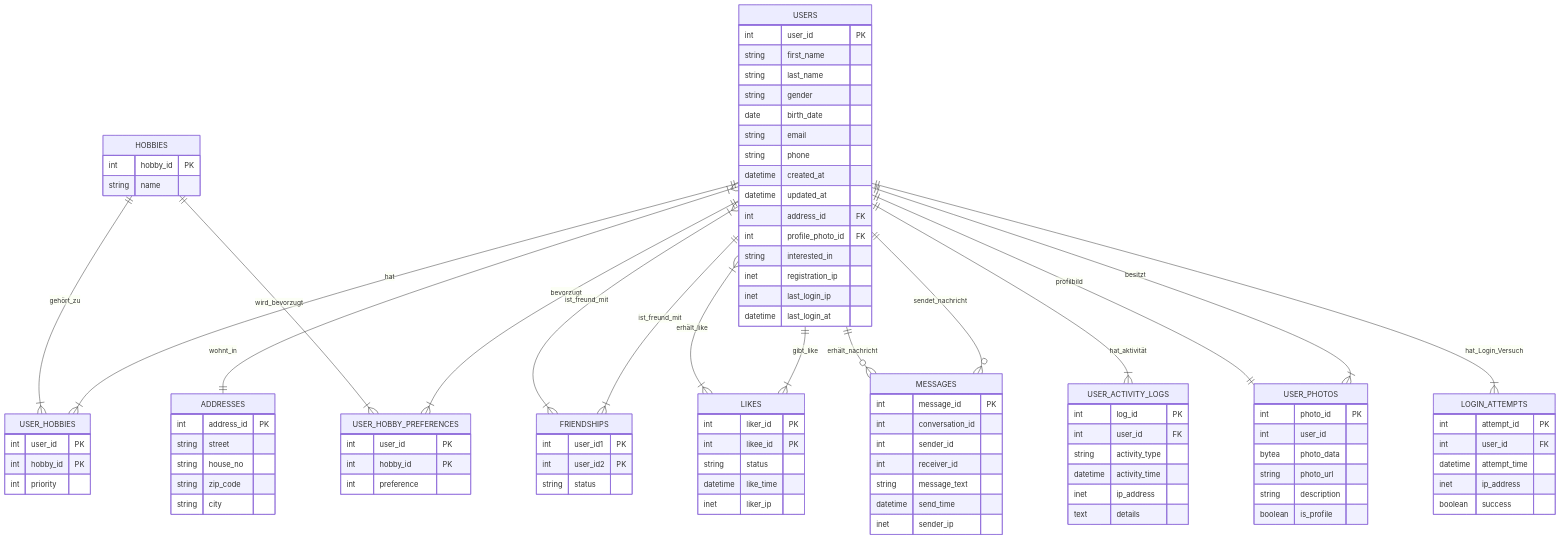
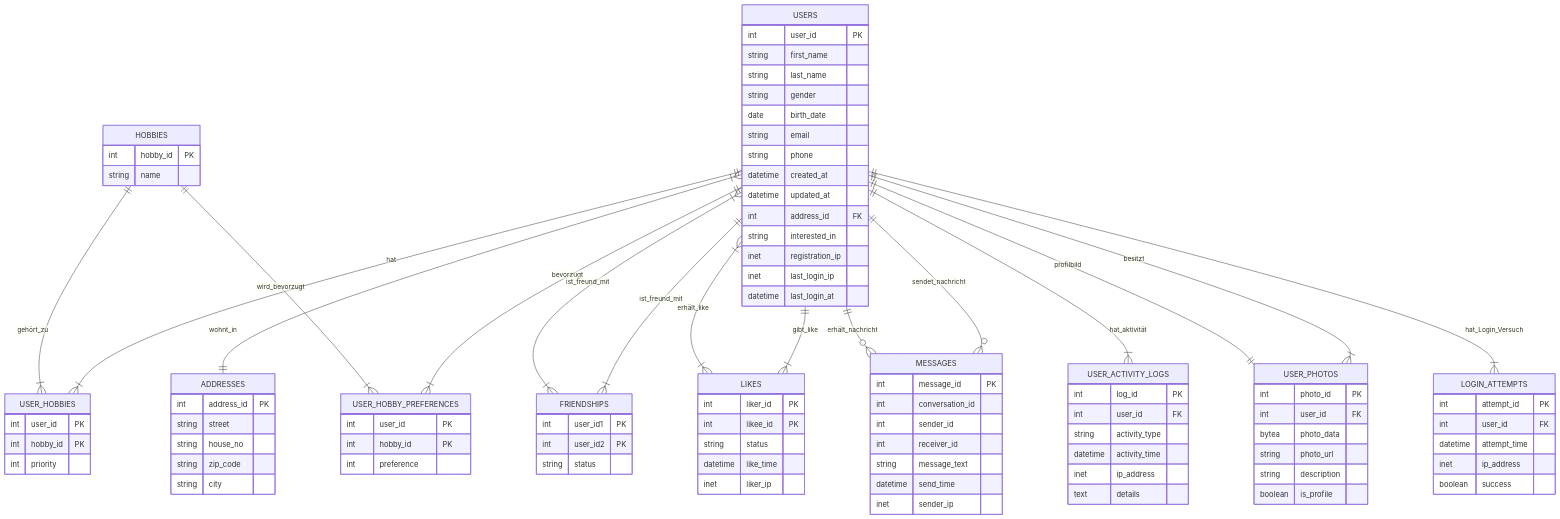
The diagram in results/2_logisches_modell.mmd (dunhord/LetsMeet), drawn with Mermaid before and after one commit. The commit also changed 1 other file, not shown here.

```diff
--- a/results/2_logisches_modell.mmd
+++ b/results/2_logisches_modell.mmd
@@ -1,127 +1,126 @@
 erDiagram
 
 
     USERS {
         int user_id PK
         string first_name
         string last_name
         string gender
         date birth_date
         string email
         string phone
         datetime created_at
         datetime updated_at
         int address_id FK
-        int profile_photo_id FK
         string interested_in
         inet registration_ip
         inet last_login_ip
         datetime last_login_at
     }
 
     ADDRESSES {
         int address_id PK
         string street
         string house_no
         string zip_code
         string city
     }
 
     HOBBIES {
         int hobby_id PK
         string name
     }
 
     USER_HOBBIES {
         int user_id PK
         int hobby_id PK
         int priority
     }
 
     USER_HOBBY_PREFERENCES {
         int user_id PK
         int hobby_id PK
         int preference
     }
 
     FRIENDSHIPS {
         int user_id1 PK
         int user_id2 PK
         string status
     }
 
     LIKES {
         int liker_id PK
         int likee_id PK
         string status
         datetime like_time
         inet liker_ip
     }
 
     MESSAGES {
         int message_id PK
         int conversation_id
         int sender_id
         int receiver_id
         string message_text
         datetime send_time
         inet sender_ip
     }
 
     USER_PHOTOS {
         int photo_id PK
-        int user_id
+        int user_id FK
         bytea photo_data
         string photo_url
         string description
         boolean is_profile
     }
 
     USER_ACTIVITY_LOGS {
         int log_id PK
         int user_id FK
         string activity_type
         datetime activity_time
         inet ip_address
         text details
     }
 
     LOGIN_ATTEMPTS {
         int attempt_id PK
         int user_id FK
         datetime attempt_time
         inet ip_address
         boolean success
     }
 
 
     %% Beispiel: USER hat genau 1 Adresse, ADDRESS kann von vielen USERn geteilt werden
     USERS }|--|| ADDRESSES : "wohnt_in"
 
     %% USER_HOBBY: m:n zwischen USER und HOBBY
     USERS ||--|{ USER_HOBBIES : "hat"
     HOBBIES ||--|{ USER_HOBBIES : "gehört_zu"
 
     %% USER_HOBBY_PREFERENCE: Präferenzen der Hobbys anderer
     USERS ||--|{ USER_HOBBY_PREFERENCES : "bevorzugt"
     HOBBIES ||--|{ USER_HOBBY_PREFERENCES : "wird_bevorzugt"
 
     %% FRIENDSHIP: m:n (self-join) -> User1 + User2
     USERS ||--|{ FRIENDSHIPS : "ist_freund_mit"
     USERS }|--|{ FRIENDSHIPS : "ist_freund_mit"
 
     %% LIKE: m:n (selbst), Liker und Likee
     USERS ||--|{ LIKES : "gibt_like"
     USERS }|--|{ LIKES : "erhält_like"
 
     %% MESSAGE: 1:n (Sender) + 1:n (Empfänger)
     USERS ||--o{ MESSAGES : "sendet_nachricht"
     USERS ||--o{ MESSAGES : "erhält_nachricht"
 
     %% USER_PHOTO: 1:n (ein User kann mehrere Fotos haben)
     USERS ||--|{ USER_PHOTOS : "besitzt"
     USER_PHOTOS ||--|| USERS : "profilbild"
 
-    %% USER_PHOTO: 1:n (ein User kann mehrere Fotos haben)
+    %% USER_ACTIVITY_LOGS und LOGIN_ATTEMPTS : 1:n (ein User kann mehrere Logs/Attempts haben)
     USERS ||--|{ USER_ACTIVITY_LOGS : "hat_aktivität"
     USERS ||--|{ LOGIN_ATTEMPTS : "hat_Login_Versuch"
```
